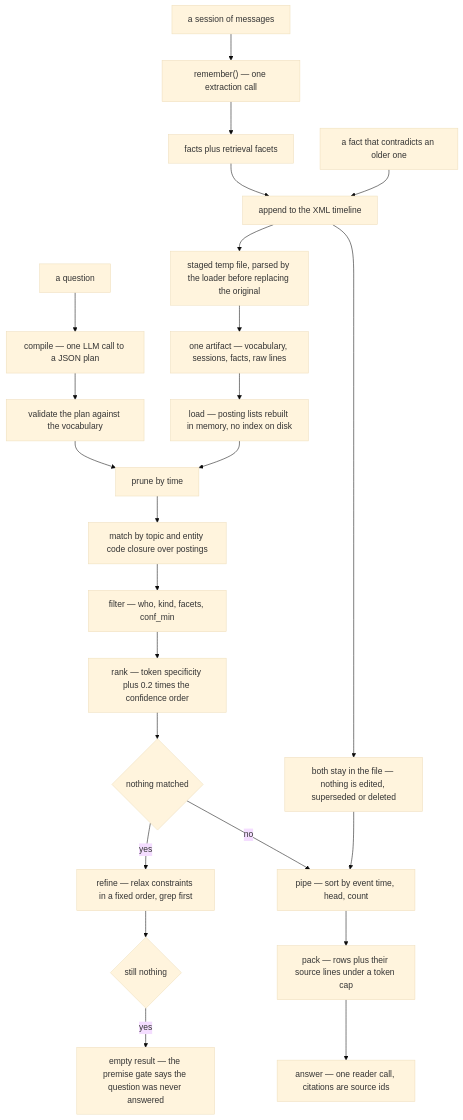
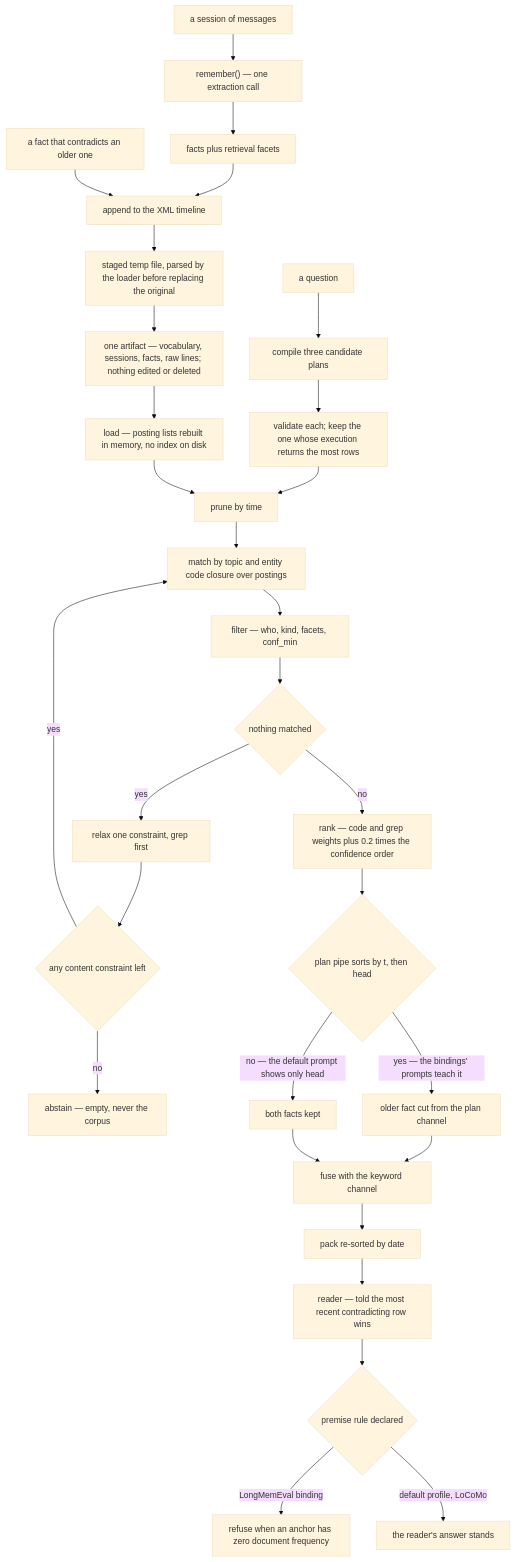
Before and after one commit to neoneye/agent-memory-atlas: the diagram in content/systems/memoket-kite.md, drawn with Mermaid (base theme). The commit also changed other lines of this file and 12 other files, not shown here.

First line of the commit message:
Audit memoket-kite at an unchanged pin: the reader model settles contradictions by default

````diff
--- a/content/systems/memoket-kite.md
+++ b/content/systems/memoket-kite.md
@@ -51,29 +65,34 @@
 ```mermaid
-%% caption: every stage between the utterance and the answer is deterministic and inspectable except the two LLM calls at the ends — and the file only ever grows, so the June fact does not replace the March one anywhere; it wins because the compiled plan sorted on event time and took the head, which is the entire correction mechanism
+%% caption: every stage between the utterance and the answer is deterministic except the model calls at the ends, and the file only grows — the June fact beats the March one either because the plan sorted and cut, which the default compile prompt never shows, or because the reader followed a prompt line over a date-ordered pack
 flowchart TD
   A["a session of messages"] --> B["remember() — one extraction call"]
   B --> C["facts plus retrieval facets"]
   C --> D["append to the XML timeline"]
+  V["a fact that contradicts an older one"] --> D
   D --> E["staged temp file, parsed by the loader before replacing the original"]
-  E --> F["one artifact — vocabulary, sessions, facts, raw lines"]
+  E --> F["one artifact — vocabulary, sessions, facts, raw lines; nothing edited or deleted"]
   F --> G["load — posting lists rebuilt in memory, no index on disk"]
 
-  H["a question"] --> I["compile — one LLM call to a JSON plan"]
-  I --> J["validate the plan against the vocabulary"]
+  H["a question"] --> I["compile three candidate plans"]
+  I --> J["validate each; keep the one whose execution returns the most rows"]
   J --> K["prune by time"]
+  G --> K
   K --> L["match by topic and entity code closure over postings"]
   L --> M["filter — who, kind, facets, conf_min"]
-  M --> N["rank — token specificity plus 0.2 times the confidence order"]
-  N --> O{"nothing matched"}
-  O -->|"yes"| P["refine — relax constraints in a fixed order, grep first"]
-  P --> Q{"still nothing"}
-  Q -->|"yes"| R["empty result — the premise gate says the question was never answered"]
-  O -->|"no"| S["pipe — sort by event time, head, count"]
-  S --> T["pack — rows plus their source lines under a token cap"]
-  T --> U["answer — one reader call, citations are source ids"]
-
-  G --> K
-  V["a fact that contradicts an older one"] --> D
-  D --> W["both stay in the file — nothing is edited, superseded or deleted"]
-  W --> S
+  M --> O{"nothing matched"}
+  O -->|"yes"| P["relax one constraint, grep first"]
+  P --> Q{"any content constraint left"}
+  Q -->|"no"| R["abstain — empty, never the corpus"]
+  Q -->|"yes"| L
+  O -->|"no"| N["rank — code and grep weights plus 0.2 times the confidence order"]
+  N --> S{"plan pipe sorts by t, then head"}
+  S -->|"yes — the bindings' prompts teach it"| T1["older fact cut from the plan channel"]
+  S -->|"no — the default prompt shows only head"| T2["both facts kept"]
+  T1 --> W["fuse with the keyword channel"]
+  T2 --> W
+  W --> U["pack re-sorted by date"]
+  U --> X["reader — told the most recent contradicting row wins"]
+  X --> Y{"premise rule declared"}
+  Y -->|"LongMemEval binding"| Z["refuse when an anchor has zero document frequency"]
+  Y -->|"default profile, LoCoMo"| AA["the reader's answer stands"]
 ```
````
